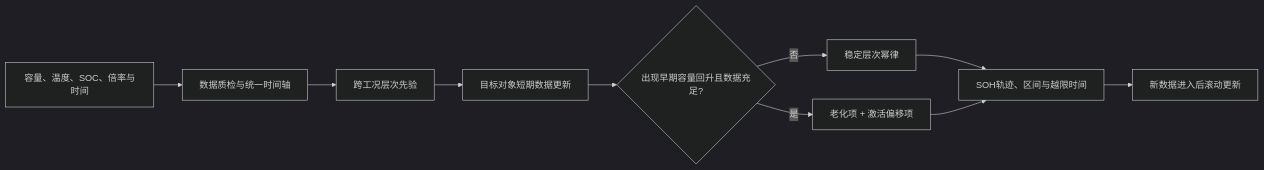
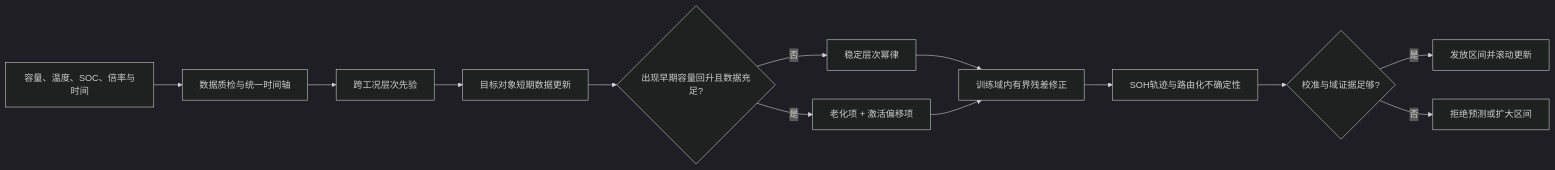
The diagram in README.md (packl686-arch/LifeTwin-LFP-SOH), drawn with Mermaid (dark theme) before and after one commit. The commit also changed other lines of this file and 50 other files, not shown here.

````diff
--- a/README.md
+++ b/README.md
@@ -27,12 +28,15 @@
 ```mermaid
 flowchart LR
     A["容量、温度、SOC、倍率与时间"] --> B["数据质检与统一时间轴"]
     B --> C["跨工况层次先验"]
     C --> D["目标对象短期数据更新"]
     D --> E{"出现早期容量回升且数据充足?"}
     E -- "否" --> F["稳定层次幂律"]
     E -- "是" --> G["老化项 + 激活偏移项"]
-    F --> H["SOH轨迹、区间与越限时间"]
-    G --> H
-    H --> I["新数据进入后滚动更新"]
+    F --> R["训练域内有界残差修正"]
+    G --> R
+    R --> H["SOH轨迹与路由化不确定性"]
+    H --> U{"校准与域证据足够?"}
+    U -- "是" --> I["发放区间并滚动更新"]
+    U -- "否" --> J["拒绝预测或扩大区间"]
 ```
````
